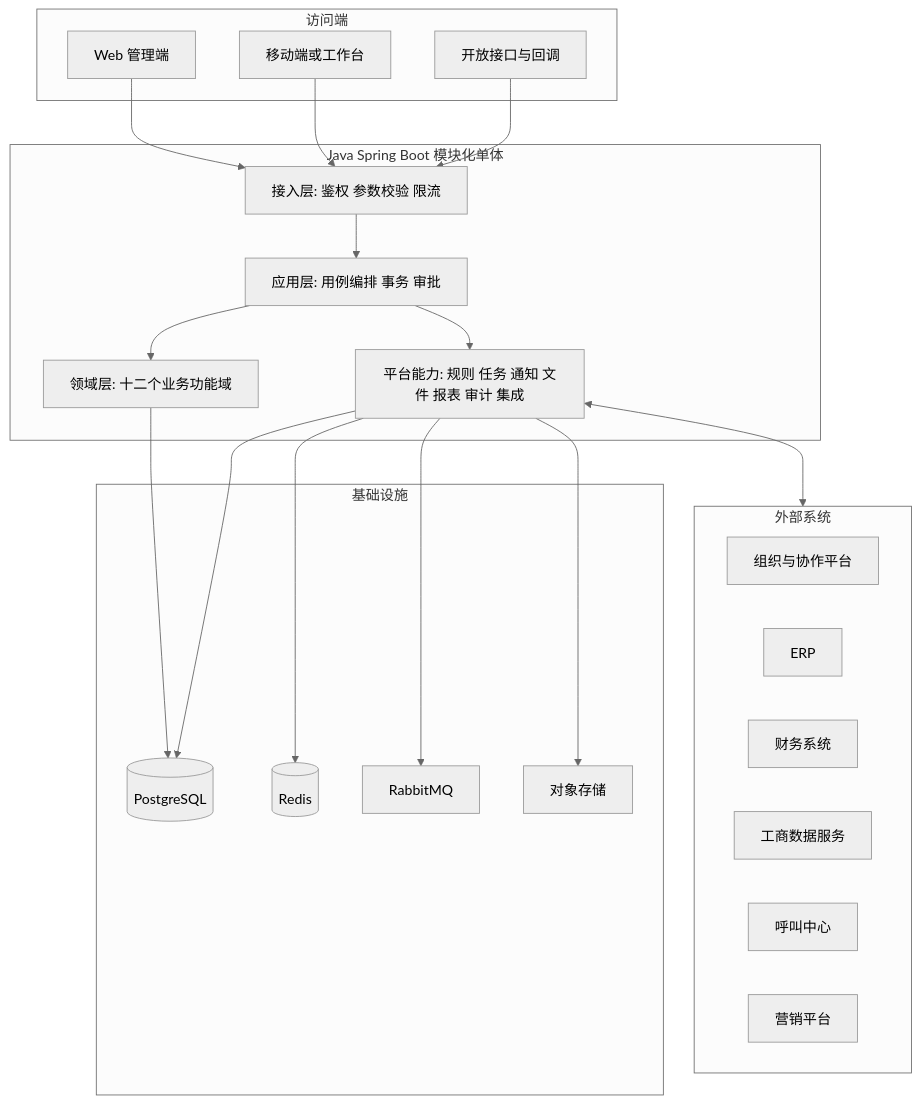
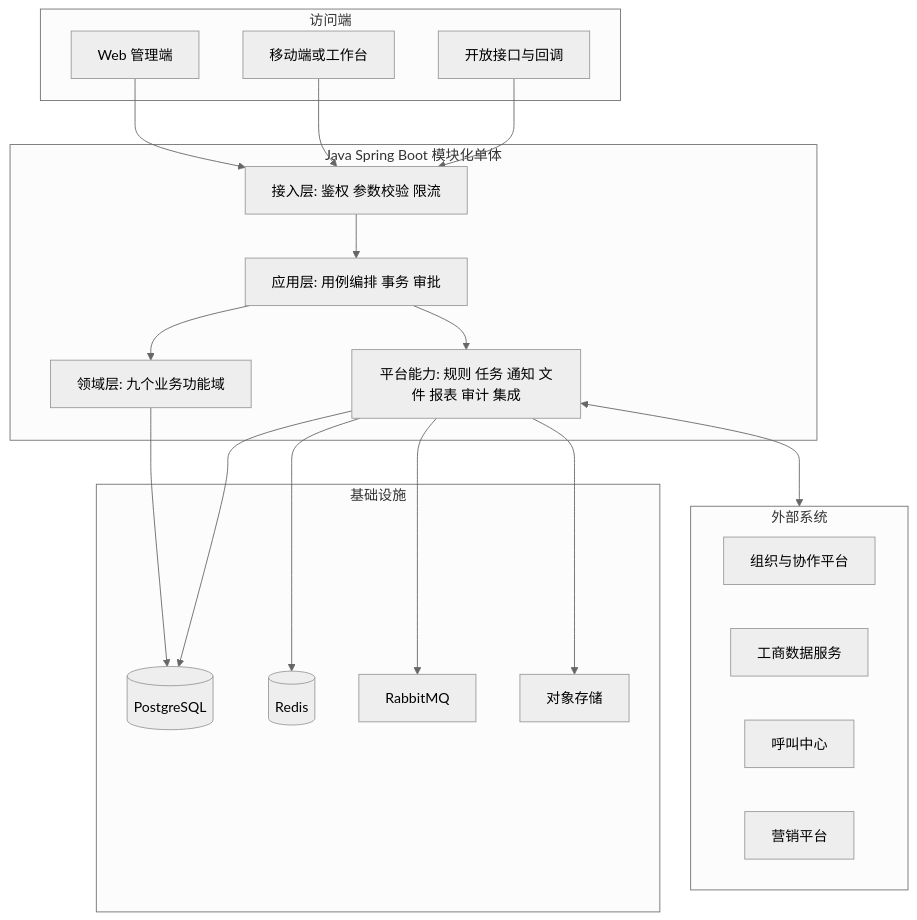
One commit to Squirtles331/AiCRM changed the ninth of 9 diagrams in 智能CRM系统整体闭环流程文档.md. Above: the diagram before and after it, drawn with Mermaid (neutral theme). The commit also changed other lines of this file and 7 other files, not shown here.

````diff
--- a/智能CRM系统整体闭环流程文档.md
+++ b/智能CRM系统整体闭环流程文档.md
@@ -720,44 +573,42 @@
 ```mermaid
 flowchart TB
     subgraph Access[访问端]
         WEB[Web 管理端]
         MOBILE[移动端或工作台]
         OPEN[开放接口与回调]
     end
 
     subgraph App[Java Spring Boot 模块化单体]
         API[接入层: 鉴权 参数校验 限流]
         APPLICATION[应用层: 用例编排 事务 审批]
-        BIZ[领域层: 十二个业务功能域]
+        BIZ[领域层: 九个业务功能域]
         PLATFORM[平台能力: 规则 任务 通知 文件 报表 审计 集成]
         API --> APPLICATION
         APPLICATION --> BIZ
         APPLICATION --> PLATFORM
     end
 
     subgraph Infra[基础设施]
         PG[(PostgreSQL)]
         REDIS[(Redis)]
         MQ[RabbitMQ]
         OBJ[对象存储]
     end
 
     subgraph External[外部系统]
         ORG[组织与协作平台]
-        ERP[ERP]
-        FIN[财务系统]
         DATA[工商数据服务]
         CALL[呼叫中心]
         MARKET[营销平台]
     end
 
     WEB --> API
     MOBILE --> API
     OPEN --> API
     BIZ --> PG
     PLATFORM --> PG
     PLATFORM --> REDIS
     PLATFORM --> MQ
     PLATFORM --> OBJ
     PLATFORM <--> External
 ```
````
